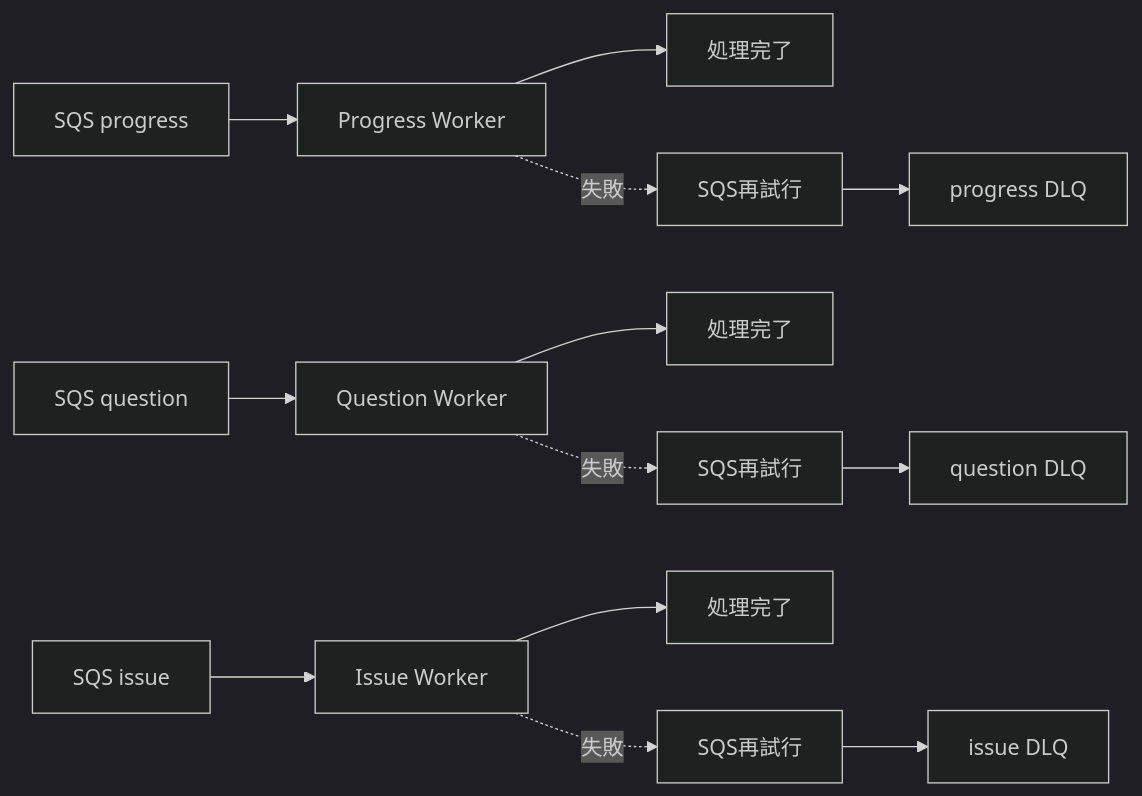
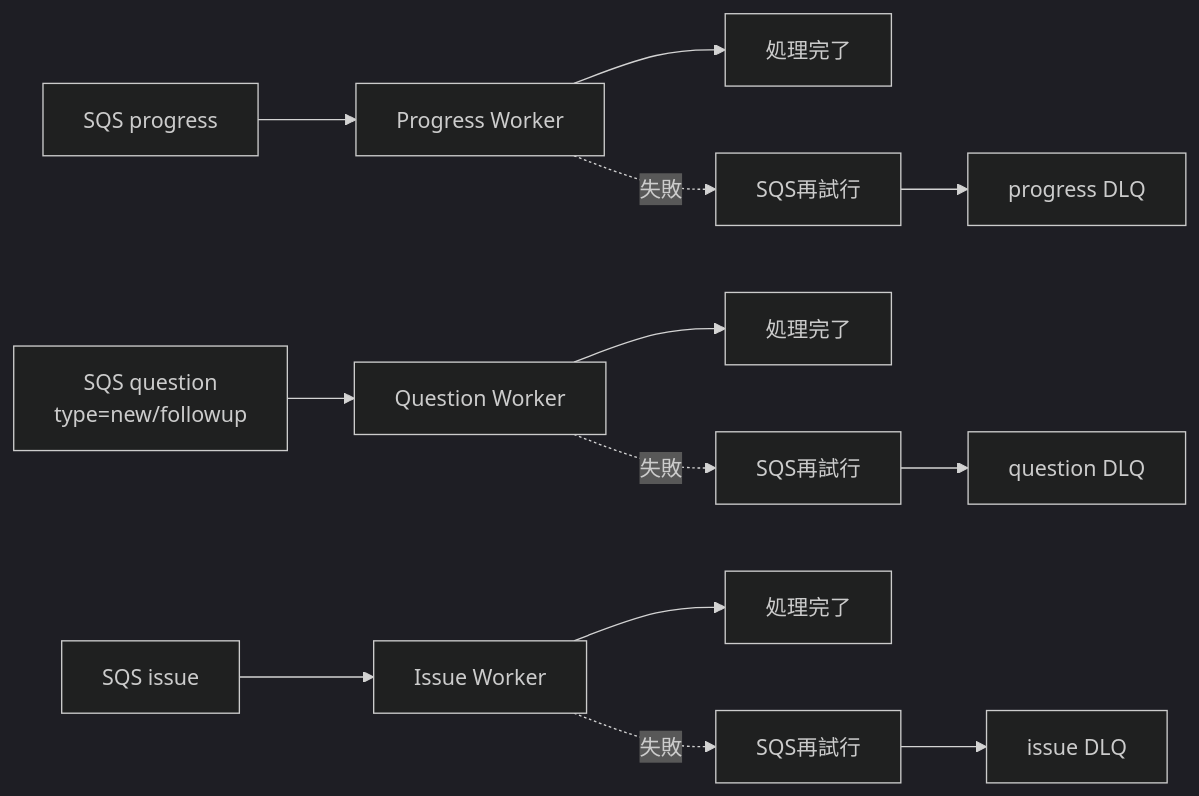
The second of 10 diagrams in docs/details/process-flow.md (Asheze1127/progress-checker), drawn with Mermaid (dark theme) before and after one commit. The commit also changed other lines of this file, not shown here.

Commit message:
update question section logic

````diff
--- a/docs/details/process-flow.md
+++ b/docs/details/process-flow.md
@@ -41,18 +49,18 @@
 ```mermaid
 flowchart LR
     QP[SQS progress] --> PW[Progress Worker]
-    QQ[SQS question] --> QW[Question Worker]
+    QQ[SQS question<br/>type=new/followup] --> QW[Question Worker]
     QI[SQS issue] --> IW[Issue Worker]
 
     PW --> DS1[処理完了]
     QW --> DS2[処理完了]
     IW --> DS3[処理完了]
 
     PW -.失敗.-> RP[SQS再試行]
     QW -.失敗.-> RQ[SQS再試行]
     IW -.失敗.-> RI[SQS再試行]
 
     RP --> DLP[progress DLQ]
     RQ --> DLQ[question DLQ]
     RI --> DLI[issue DLQ]
 ```
````
